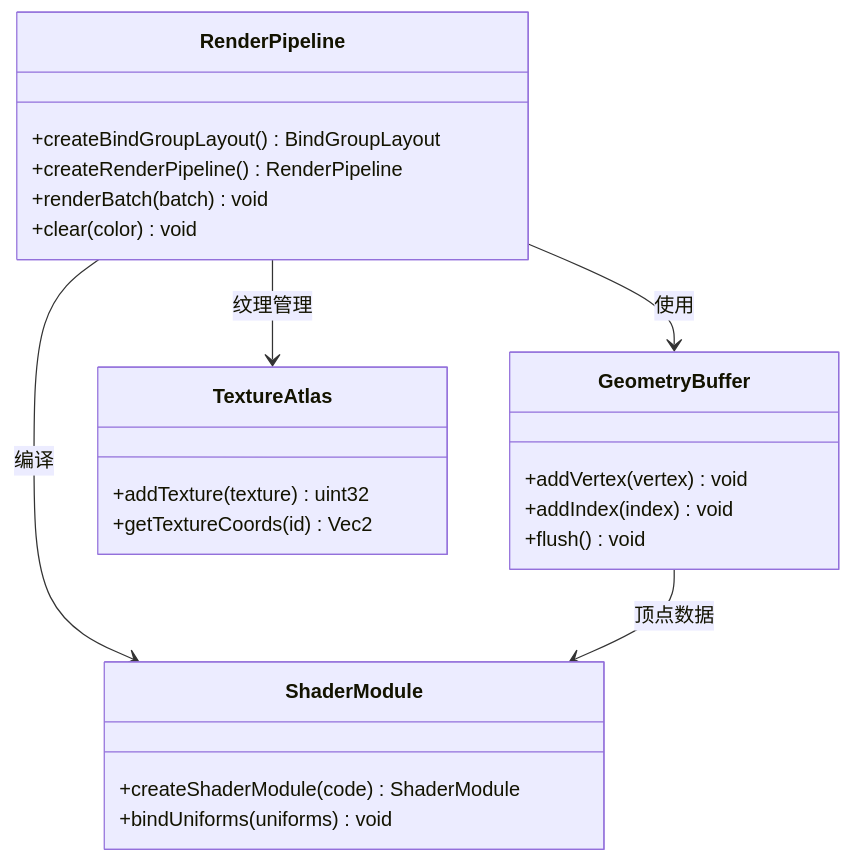
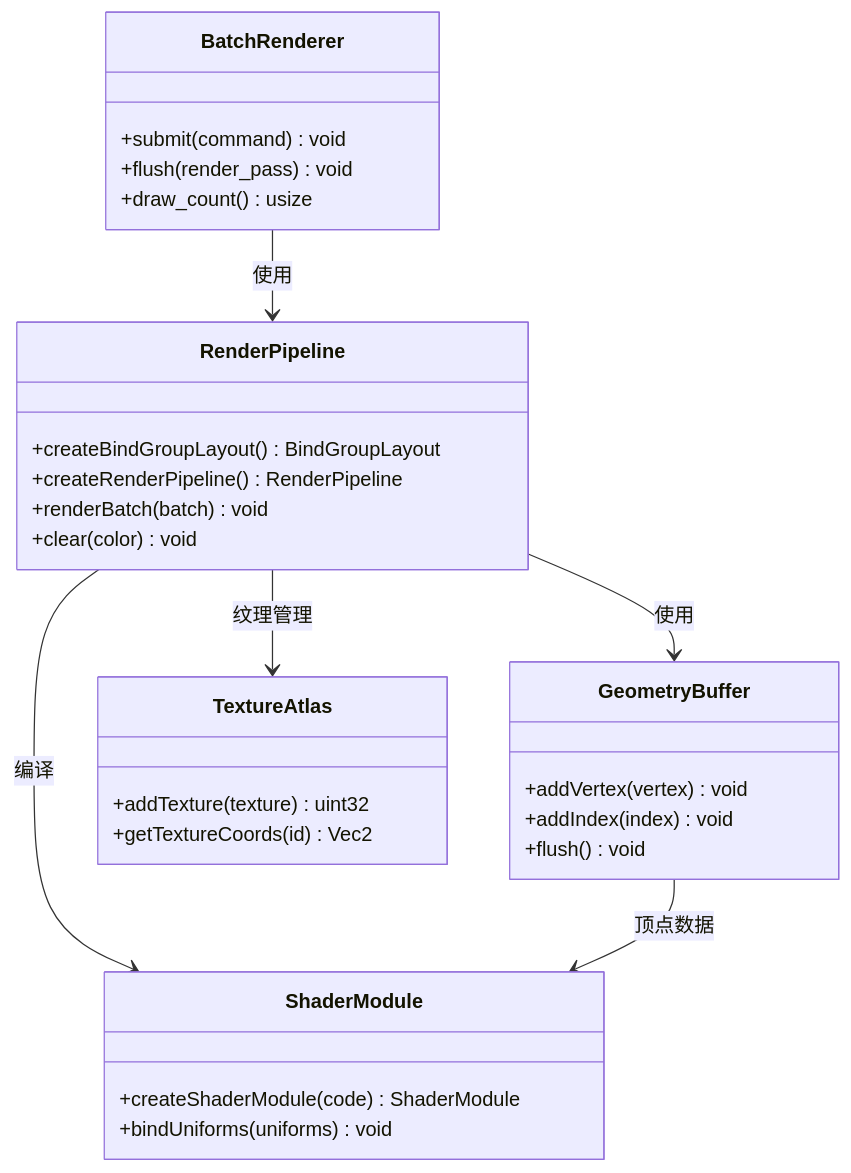
The third of 19 diagrams in .qoder/repowiki/zh/content/核心功能特性/自研浏览器级渲染能力.md (itszzl-sudo/iris), drawn with Mermaid before and after one commit. The commit also changed other lines of this file and 4 other files, not shown here.

````diff
--- a/.qoder/repowiki/zh/content/核心功能特性/自研浏览器级渲染能力.md
+++ b/.qoder/repowiki/zh/content/核心功能特性/自研浏览器级渲染能力.md
@@ -127,26 +142,32 @@
 ```mermaid
 classDiagram
 class RenderPipeline {
 +createBindGroupLayout() BindGroupLayout
 +createRenderPipeline() RenderPipeline
 +renderBatch(batch) void
 +clear(color) void
 }
 class GeometryBuffer {
 +addVertex(vertex) void
 +addIndex(index) void
 +flush() void
 }
 class ShaderModule {
 +createShaderModule(code) ShaderModule
 +bindUniforms(uniforms) void
 }
 class TextureAtlas {
 +addTexture(texture) uint32
 +getTextureCoords(id) Vec2
 }
+class BatchRenderer {
++submit(command) void
++flush(render_pass) void
++draw_count() usize
+}
 RenderPipeline --> GeometryBuffer : 使用
 RenderPipeline --> ShaderModule : 编译
 RenderPipeline --> TextureAtlas : 纹理管理
+BatchRenderer --> RenderPipeline : 使用
 GeometryBuffer --> ShaderModule : 顶点数据
 ```
````
